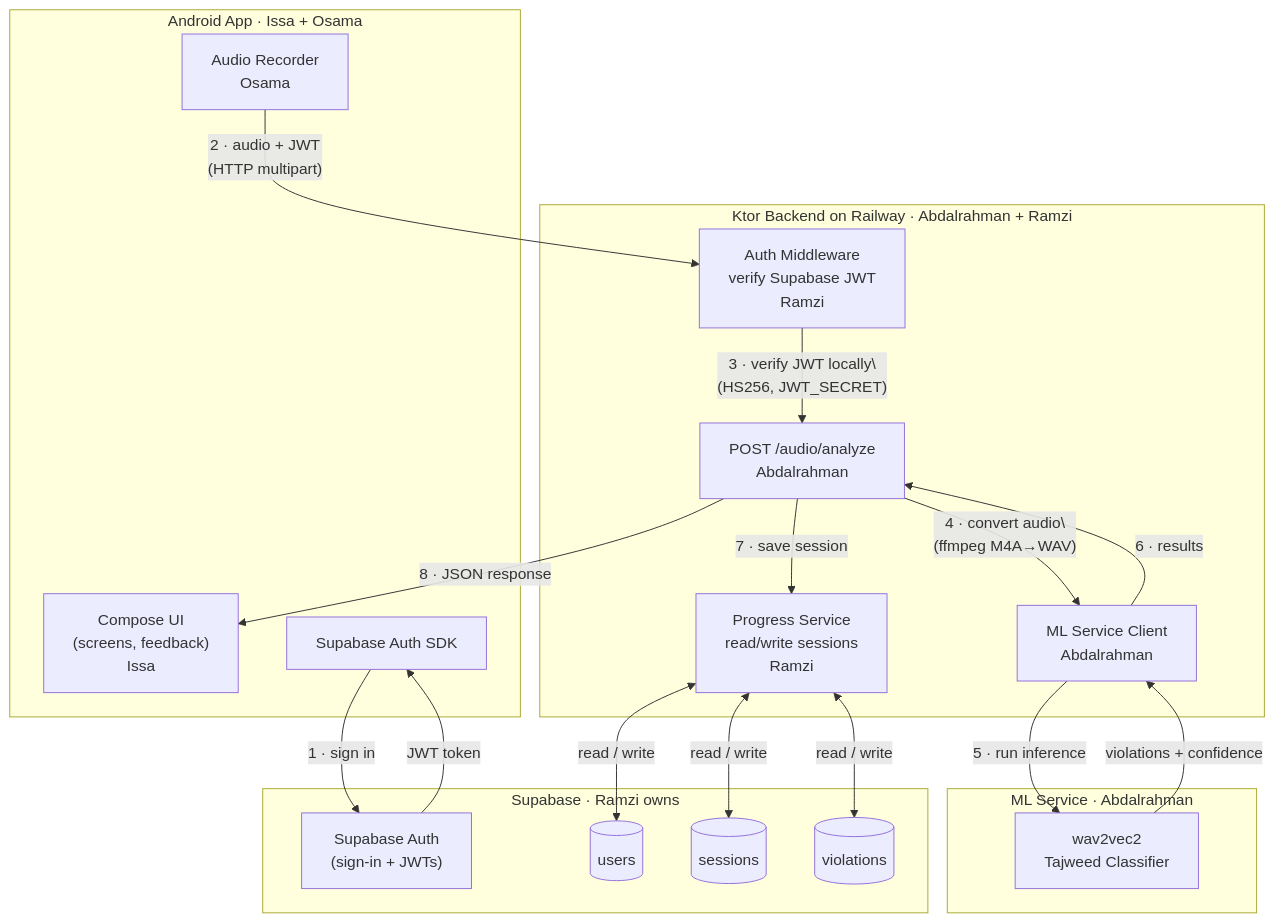
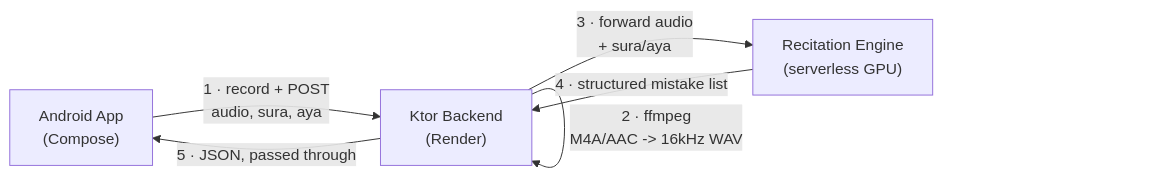
One commit to Abdalrahman-py/bayaan changed the diagram in docs/architecture.md. Above: the diagram before and after it, drawn with Mermaid. The commit also changed other lines of this file and 21 other files, not shown here.

````diff
--- a/docs/architecture.md
+++ b/docs/architecture.md
@@ -9,40 +9,8 @@
 ```mermaid
-graph TB
-    subgraph Android["Android App  ·  Issa + Osama"]
-        A_UI["Compose UI\n(screens, feedback)\nIssa"]
-        A_REC["Audio Recorder\nOsama"]
-        A_AUTH["Supabase Auth SDK"]
-    end
-
-    subgraph Backend["Ktor Backend on Railway  ·  Abdalrahman + Ramzi"]
-        B_MW["Auth Middleware\nverify Supabase JWT\nRamzi"]
-        B_EP["POST /audio/analyze\nAbdalrahman"]
-        B_ML["ML Service Client\nAbdalrahman"]
-        B_PROG["Progress Service\nread/write sessions\nRamzi"]
-    end
-
-    subgraph ML["ML Service  ·  Abdalrahman"]
-        M["wav2vec2\nTajweed Classifier"]
-    end
-
-    subgraph Supabase["Supabase  ·  Ramzi owns"]
-        SB_A["Supabase Auth\n(sign-in + JWTs)"]
-        T1[("users")]
-        T2[("sessions")]
-        T3[("violations")]
-    end
-
-    A_AUTH -- "1 · sign in" --> SB_A
-    SB_A -- "JWT token" --> A_AUTH
-    A_REC -- "2 · audio + JWT\n(HTTP multipart)" --> B_MW
-    B_MW -- "3 · verify JWT locally\\n(HS256, JWT_SECRET)" --> B_EP
-    B_EP -- "4 · convert audio\\n(ffmpeg M4A→WAV)" --> B_ML
-    B_ML -- "5 · run inference" --> M
-    M -- "violations + confidence" --> B_ML
-    B_ML -- "6 · results" --> B_EP
-    B_EP -- "7 · save session" --> B_PROG
-    B_PROG <-- "read / write" --> T1
-    B_PROG <-- "read / write" --> T2
-    B_PROG <-- "read / write" --> T3
-    B_EP -- "8 · JSON response" --> A_UI
+graph LR
+    A["Android App\n(Compose)"] -- "1 · record + POST\naudio, sura, aya" --> B["Ktor Backend\n(Render)"]
+    B -- "2 · ffmpeg\nM4A/AAC -> 16kHz WAV" --> B
+    B -- "3 · forward audio\n+ sura/aya" --> C["Recitation Engine\n(serverless GPU)"]
+    C -- "4 · structured mistake list" --> B
+    B -- "5 · JSON, passed through" --> A
 ```
````
